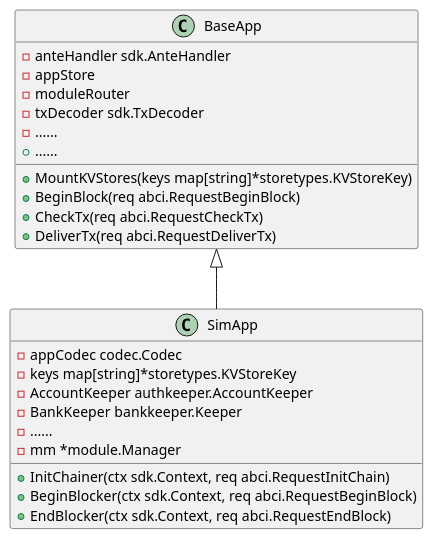
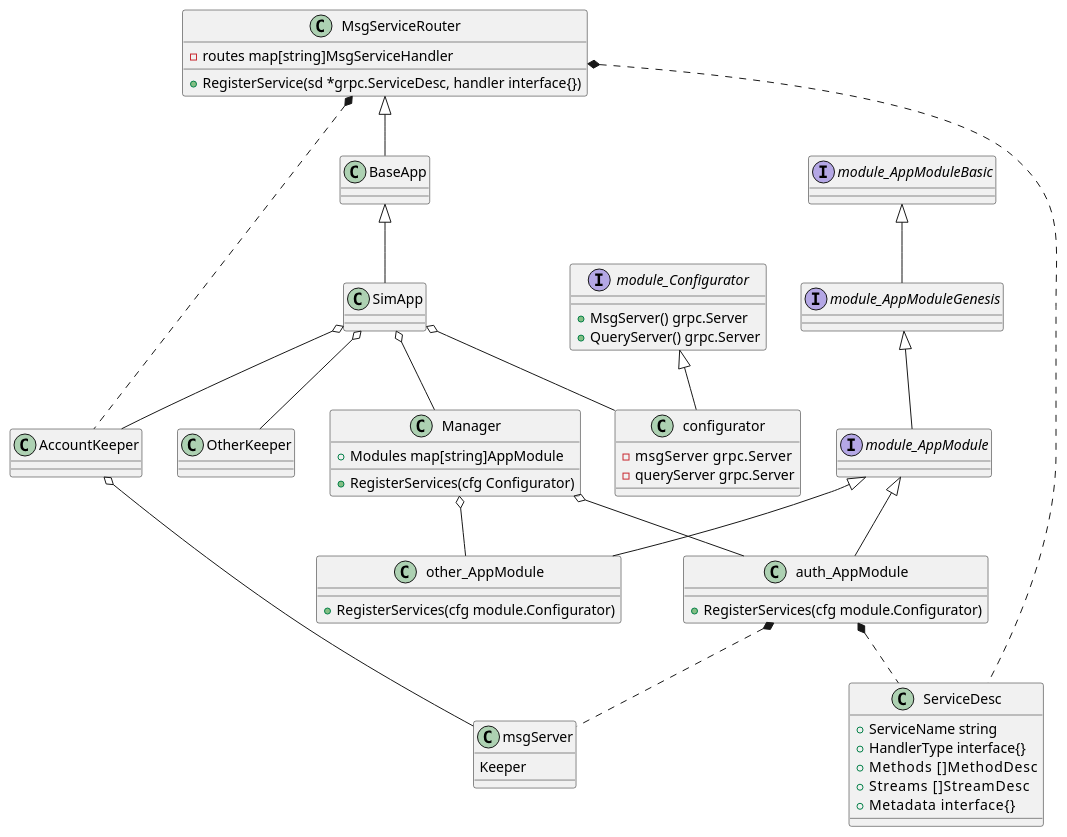
The second of 2 diagrams in modular-chain/Modular-Chain/ModularChain note.md (LevenSton/Research), drawn with PlantUML before and after one commit. The commit also changed other lines of this file and 1 other file, not shown here.

Commit message:
commit class diagram

````diff
--- a/modular-chain/Modular-Chain/ModularChain note.md
+++ b/modular-chain/Modular-Chain/ModularChain note.md
@@ -53,29 +55,62 @@
 ```plantuml
 @startuml
 
-class SimApp {
- -appCodec codec.Codec
- -keys map[string]*storetypes.KVStoreKey
- -AccountKeeper authkeeper.AccountKeeper
- -BankKeeper bankkeeper.Keeper
- -......
- -mm *module.Manager
- +InitChainer(ctx sdk.Context, req abci.RequestInitChain)
- +BeginBlocker(ctx sdk.Context, req abci.RequestBeginBlock)
- +EndBlocker(ctx sdk.Context, req abci.RequestEndBlock)
+class SimApp
+class Manager{
+  +Modules map[string]AppModule
+  +RegisterServices(cfg Configurator)
 }
-class BaseApp{
-  -anteHandler sdk.AnteHandler
-  -appStore
-  -moduleRouter
-  -txDecoder sdk.TxDecoder
-  -......
-  +MountKVStores(keys map[string]*storetypes.KVStoreKey)
-  +BeginBlock(req abci.RequestBeginBlock)
-  +CheckTx(req abci.RequestCheckTx)
-  +DeliverTx(req abci.RequestDeliverTx)
-  +......
+class AccountKeeper
+class OtherKeeper
+class BaseApp
+interface module_AppModule
+interface module_AppModuleGenesis
+interface module_AppModuleBasic
+class auth_AppModule{
+  +RegisterServices(cfg module.Configurator)
+}
+class other_AppModule{
+  +RegisterServices(cfg module.Configurator)
+}
+class MsgServiceRouter {
+	-routes map[string]MsgServiceHandler
+  +RegisterService(sd *grpc.ServiceDesc, handler interface{})
+}
+interface module_Configurator{
+  +MsgServer() grpc.Server
+	+QueryServer() grpc.Server
+}
+class configurator {
+	-msgServer   grpc.Server
+	-queryServer grpc.Server
+}
+class ServiceDesc {
+	+ServiceName string
+	+HandlerType interface{}
+	+Methods     []MethodDesc
+	+Streams     []StreamDesc
+	+Metadata    interface{}
+}
+class msgServer {
+	Keeper
 }
 class SimApp extends BaseApp
+class BaseApp extends MsgServiceRouter
+SimApp o-- Manager
+SimApp o-- AccountKeeper
+SimApp o-- OtherKeeper
+interface module_AppModule extends module_AppModuleGenesis
+interface module_AppModuleGenesis extends module_AppModuleBasic
+Manager o-- auth_AppModule
+Manager o-- other_AppModule
+class auth_AppModule extends module_AppModule
+class other_AppModule extends module_AppModule
+class configurator extends module_Configurator
+auth_AppModule *.. ServiceDesc
+auth_AppModule *.. msgServer
+AccountKeeper o-- msgServer
+SimApp o-- configurator
+MsgServiceRouter *.. ServiceDesc
+MsgServiceRouter *.. AccountKeeper
 @enduml
 ```
````
